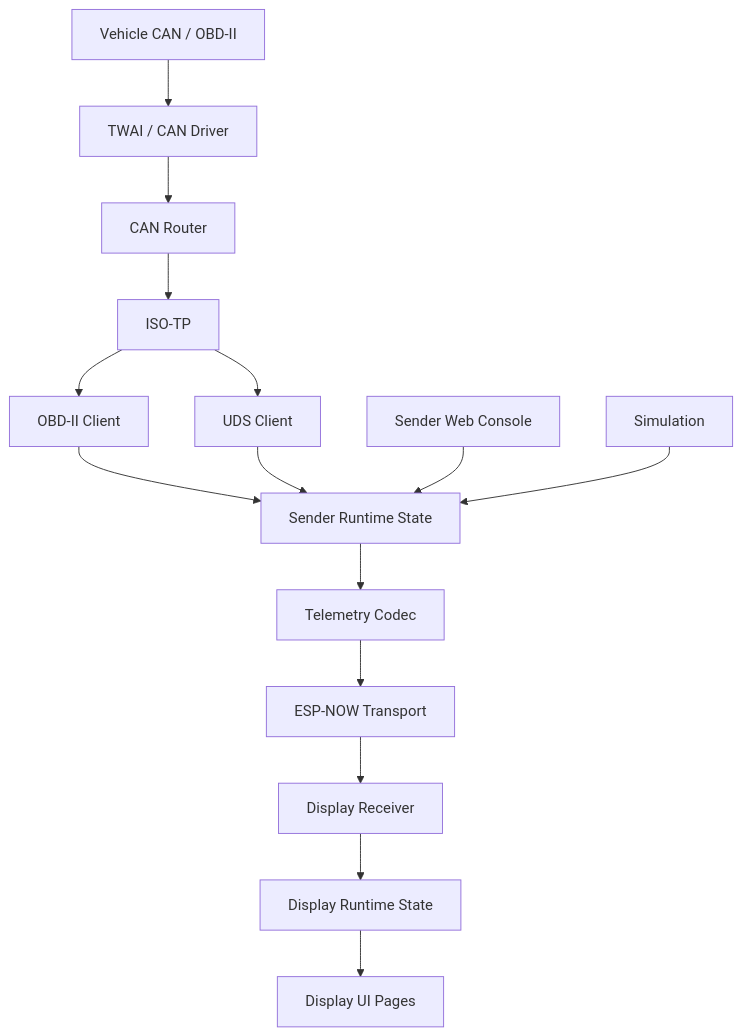
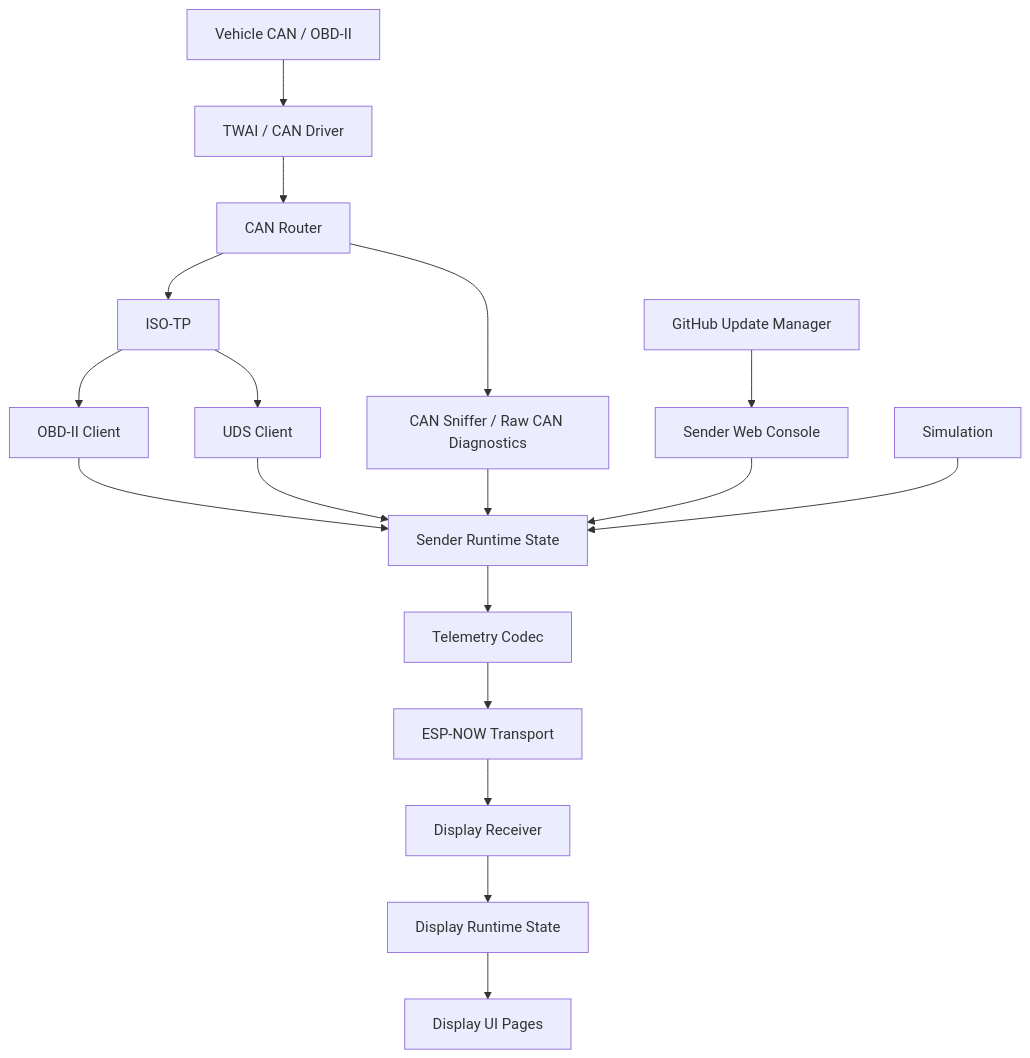
One commit to SpecterAoD/CANOBD2Reader changed the diagram in docs/00_Master_Design_Document.md. Above: the diagram before and after it, drawn with Mermaid. The commit also changed other lines of this file and 19 other files, not shown here.

````diff
--- a/docs/00_Master_Design_Document.md
+++ b/docs/00_Master_Design_Document.md
@@ -43,17 +60,20 @@
 ```mermaid
 flowchart TD
     Vehicle["Vehicle CAN / OBD-II"] --> CAN["TWAI / CAN Driver"]
     CAN --> Router["CAN Router"]
     Router --> ISOTP["ISO-TP"]
     ISOTP --> OBD["OBD-II Client"]
     ISOTP --> UDS["UDS Client"]
+    Router --> Sniffer["CAN Sniffer / Raw CAN Diagnostics"]
     OBD --> Runtime["Sender Runtime State"]
     UDS --> Runtime
+    Sniffer --> Runtime
     Runtime --> Telemetry["Telemetry Codec"]
     Telemetry --> EspNow["ESP-NOW Transport"]
     EspNow --> DisplayRx["Display Receiver"]
     DisplayRx --> DisplayRuntime["Display Runtime State"]
     DisplayRuntime --> UI["Display UI Pages"]
     Web["Sender Web Console"] --> Runtime
     Simulation["Simulation"] --> Runtime
+    Update["GitHub Update Manager"] --> Web
 ```
````
